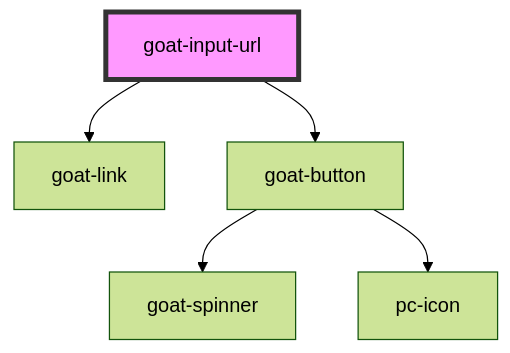
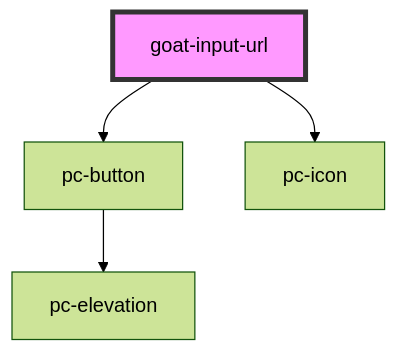
The diagram in src/components/input-controls/input/input-url/readme.md (redvars/peacock), drawn with Mermaid (forest theme) before and after one commit. The commit also changed other lines of this file and 280 other files, not shown here.

````diff
--- a/src/components/input-controls/input/input-url/readme.md
+++ b/src/components/input-controls/input/input-url/readme.md
@@ -93,8 +93,7 @@
 ```mermaid
 graph TD;
-  goat-input-url --> goat-link
-  goat-input-url --> goat-button
-  goat-button --> goat-spinner
-  goat-button --> pc-icon
+  goat-input-url --> pc-button
+  goat-input-url --> pc-icon
+  pc-button --> pc-elevation
   style goat-input-url fill:#f9f,stroke:#333,stroke-width:4px
 ```
````
